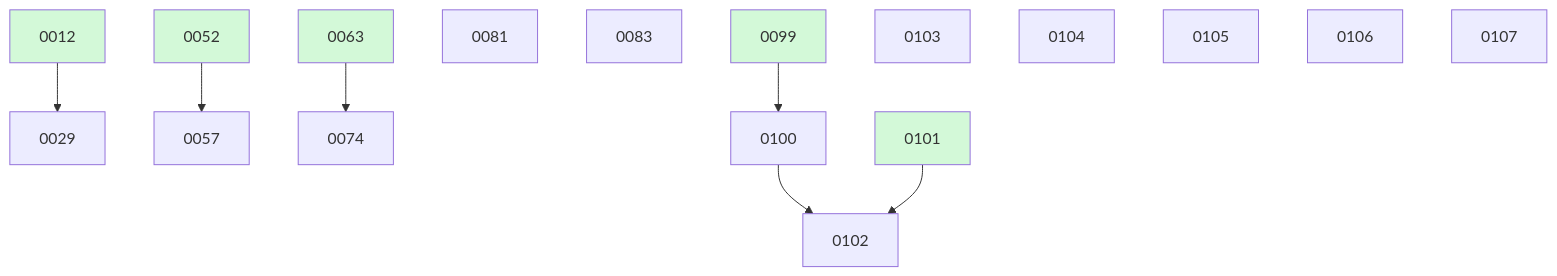
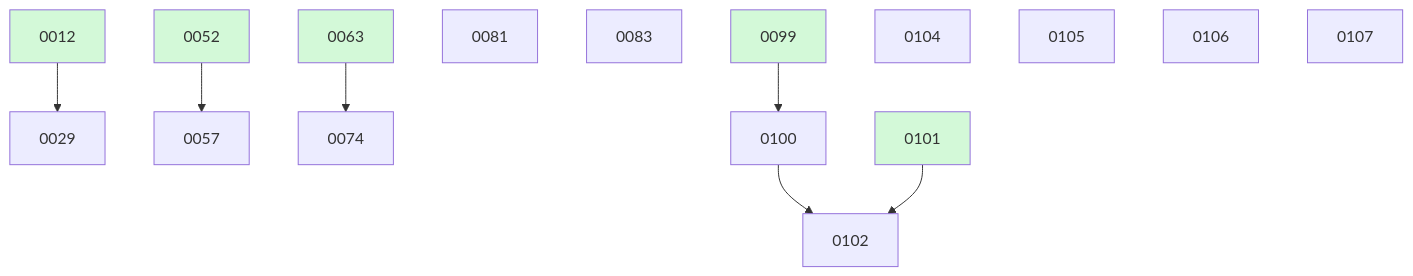
Before and after one commit to ethanhinson/fuse: the diagram in docs/changes/BOARD.md, drawn with Mermaid. The commit also changed other lines of this file and 4 other files, not shown here.

````diff
--- a/docs/changes/BOARD.md
+++ b/docs/changes/BOARD.md
@@ -37,22 +36,21 @@
 ```mermaid
 graph TD
   0012 --> 0029
   0052 --> 0057
   0063 --> 0074
   0081
   0083
   0099 --> 0100
   0100 --> 0102
   0101 --> 0102
-  0103
   0104
   0105
   0106
   0107
   0012:::done
   0052:::done
   0063:::done
   0099:::done
   0101:::done
   classDef done fill:#d3f9d8;
 ```
````
